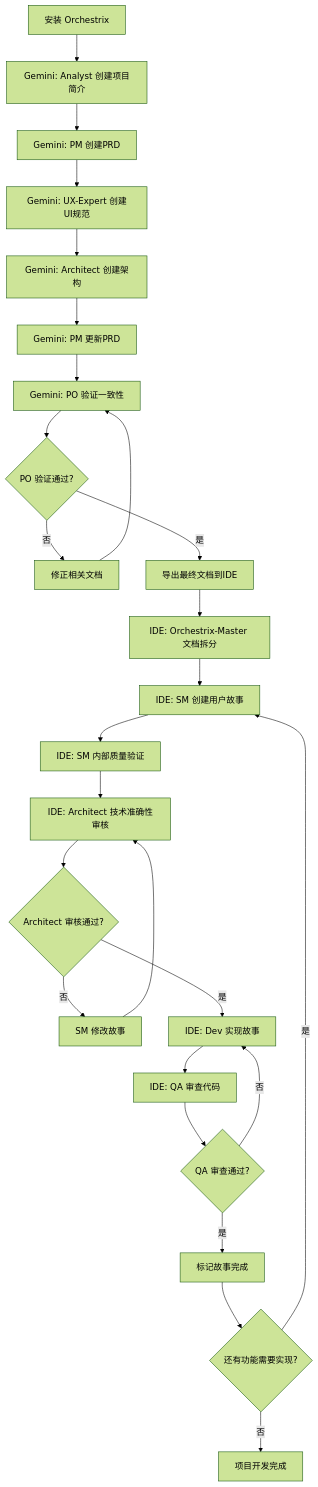
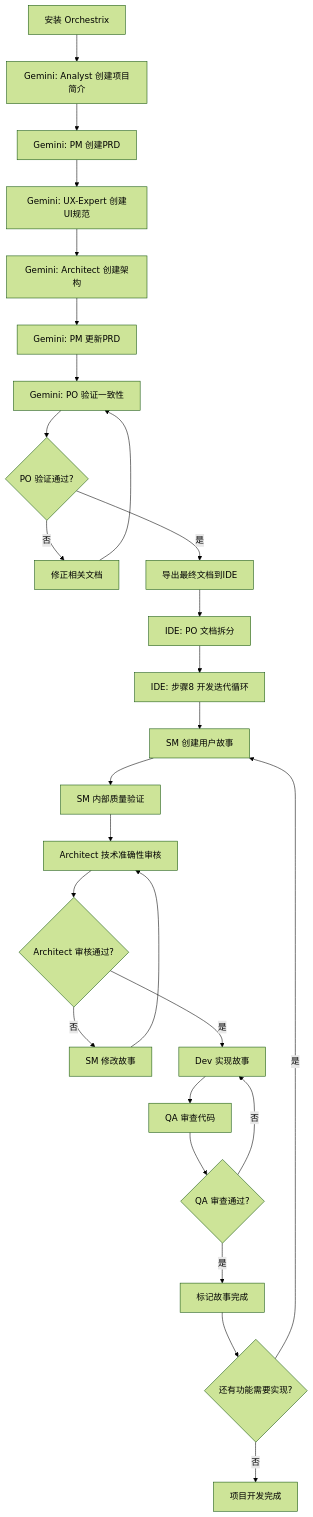
Before and after one commit to dorayo/orchestrix: the diagram in docs/03-工作流程指南.md, drawn with Mermaid (forest theme). The commit also changed other lines of this file and 12 other files, not shown here.

````diff
--- a/docs/03-工作流程指南.md
+++ b/docs/03-工作流程指南.md
@@ -428,28 +438,29 @@
 ```mermaid
 graph TD
     A[安装 Orchestrix] --> B[Gemini: Analyst 创建项目简介]
     B --> C[Gemini: PM 创建PRD]
     C --> D[Gemini: UX-Expert 创建UI规范]
     D --> E[Gemini: Architect 创建架构]
     E --> F[Gemini: PM 更新PRD]
     F --> G[Gemini: PO 验证一致性]
     G --> H{PO 验证通过?}
     H -->|否| I[修正相关文档]
     I --> G
     H -->|是| J[导出最终文档到IDE]
-    J --> K[IDE: Orchestrix-Master 文档拆分]
-    K --> L[IDE: SM 创建用户故事]
-    L --> M[IDE: SM 内部质量验证]
-    M --> N[IDE: Architect 技术准确性审核]
-    N --> O{Architect 审核通过?}
-    O -->|否| P[SM 修改故事]
-    P --> N
-    O -->|是| Q[IDE: Dev 实现故事]
-    Q --> R[IDE: QA 审查代码]
-    R --> S{QA 审查通过?}
-    S -->|否| Q
-    S -->|是| T[标记故事完成]
-    T --> U{还有功能需要实现?}
-    U -->|是| L
-    U -->|否| V[项目开发完成]
+    J --> K[IDE: PO 文档拆分]
+    K --> L[IDE: 步骤8 开发迭代循环]
+    L --> M[SM 创建用户故事]
+    M --> N[SM 内部质量验证]
+    N --> O[Architect 技术准确性审核]
+    O --> P{Architect 审核通过?}
+    P -->|否| Q[SM 修改故事]
+    Q --> O
+    P -->|是| R[Dev 实现故事]
+    R --> S[QA 审查代码]
+    S --> T{QA 审查通过?}
+    T -->|否| R
+    T -->|是| U[标记故事完成]
+    U --> V{还有功能需要实现?}
+    V -->|是| M
+    V -->|否| W[项目开发完成]
 ```
````
